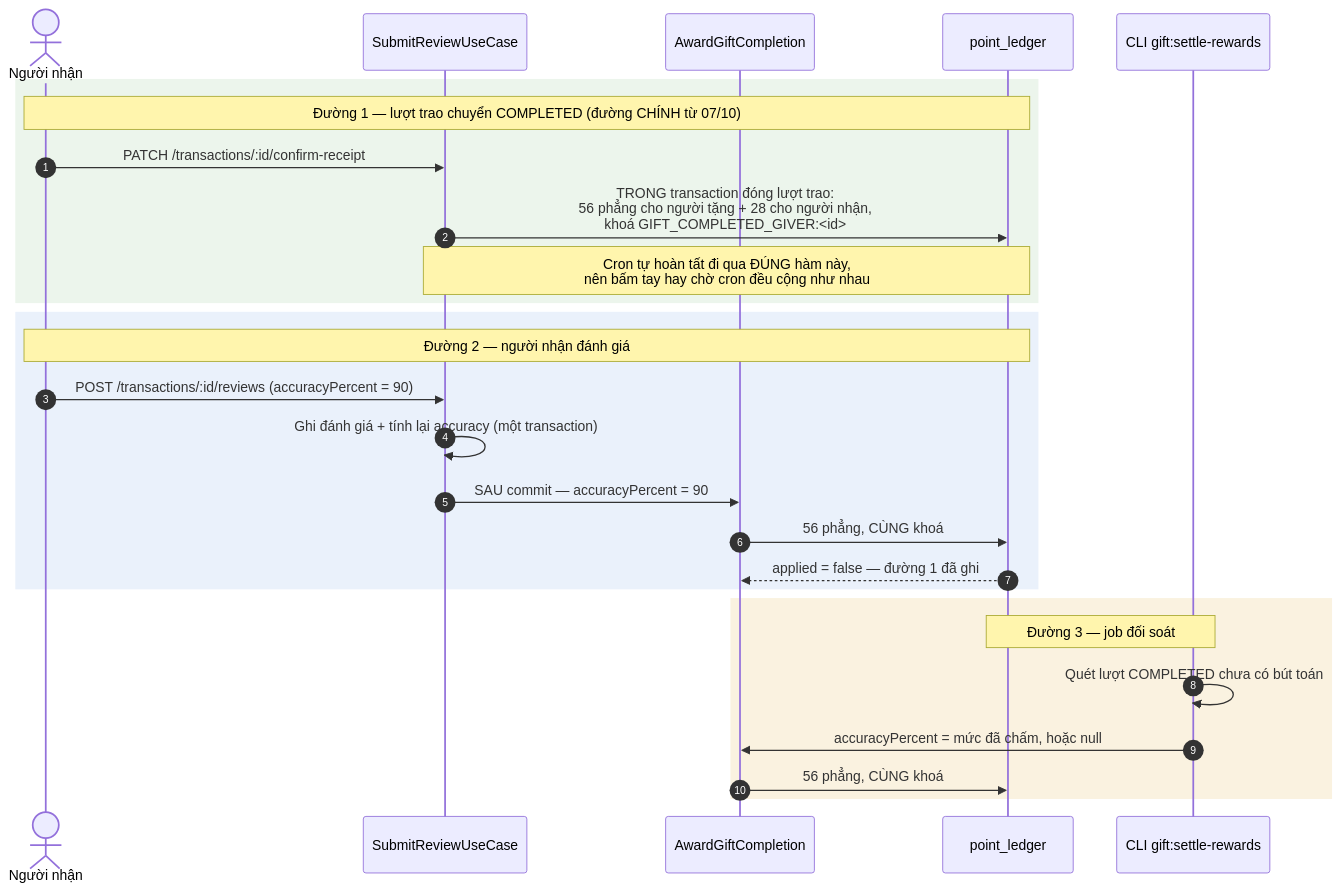
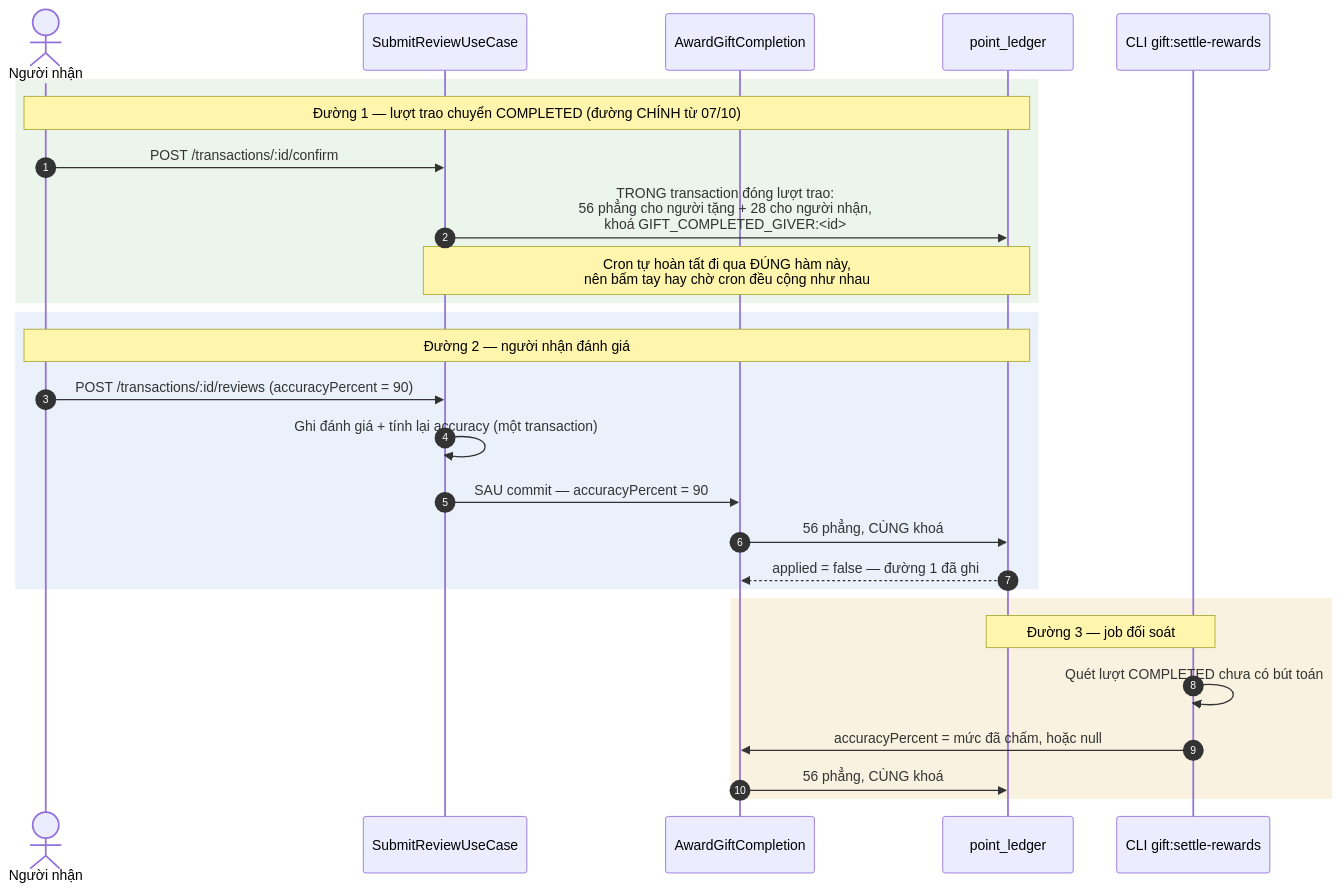
One commit to fdshn/trueheart changed the fifth of 7 diagrams in docs/diagram/11-point.md. Above: the diagram before and after it, drawn with Mermaid. The commit also changed 49 other files, not shown here.

````diff
--- a/docs/diagram/11-point.md
+++ b/docs/diagram/11-point.md
@@ -166,32 +166,32 @@
 ```mermaid
 sequenceDiagram
     autonumber
     actor R as Người nhận
     participant S as SubmitReviewUseCase
     participant A as AwardGiftCompletion
     participant L as point_ledger
     participant J as CLI gift:settle-rewards
 
     rect rgba(120, 180, 120, 0.14)
     Note over R,L: Đường 1 — lượt trao chuyển COMPLETED (đường CHÍNH từ 07/10)
-    R->>S: PATCH /transactions/:id/confirm-receipt
+    R->>S: POST /transactions/:id/confirm
     S->>L: TRONG transaction đóng lượt trao:<br/>56 phẳng cho người tặng + 28 cho người nhận,<br/>khoá GIFT_COMPLETED_GIVER:#lt;id#gt;
     Note over S,L: Cron tự hoàn tất đi qua ĐÚNG hàm này,<br/>nên bấm tay hay chờ cron đều cộng như nhau
     end
 
     rect rgba(80, 140, 220, 0.12)
     Note over R,L: Đường 2 — người nhận đánh giá
     R->>S: POST /transactions/:id/reviews (accuracyPercent = 90)
     S->>S: Ghi đánh giá + tính lại accuracy (một transaction)
     S->>A: SAU commit — accuracyPercent = 90
     A->>L: 56 phẳng, CÙNG khoá
     L-->>A: applied = false — đường 1 đã ghi
     end
 
     rect rgba(220, 160, 40, 0.14)
     Note over J,L: Đường 3 — job đối soát
     J->>J: Quét lượt COMPLETED chưa có bút toán
     J->>A: accuracyPercent = mức đã chấm, hoặc null
     A->>L: 56 phẳng, CÙNG khoá
     end
 ```
````
